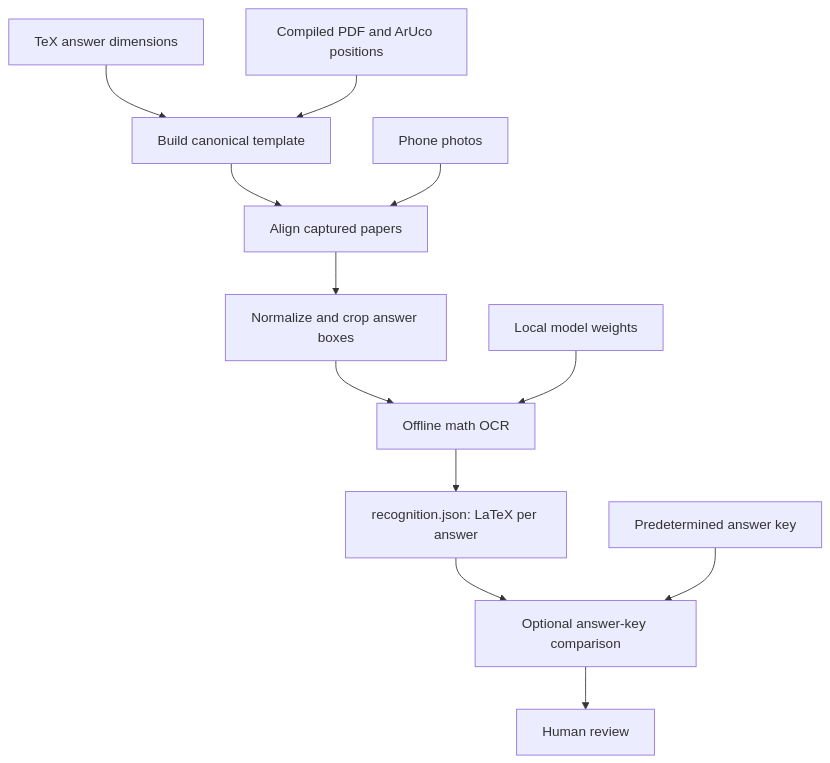
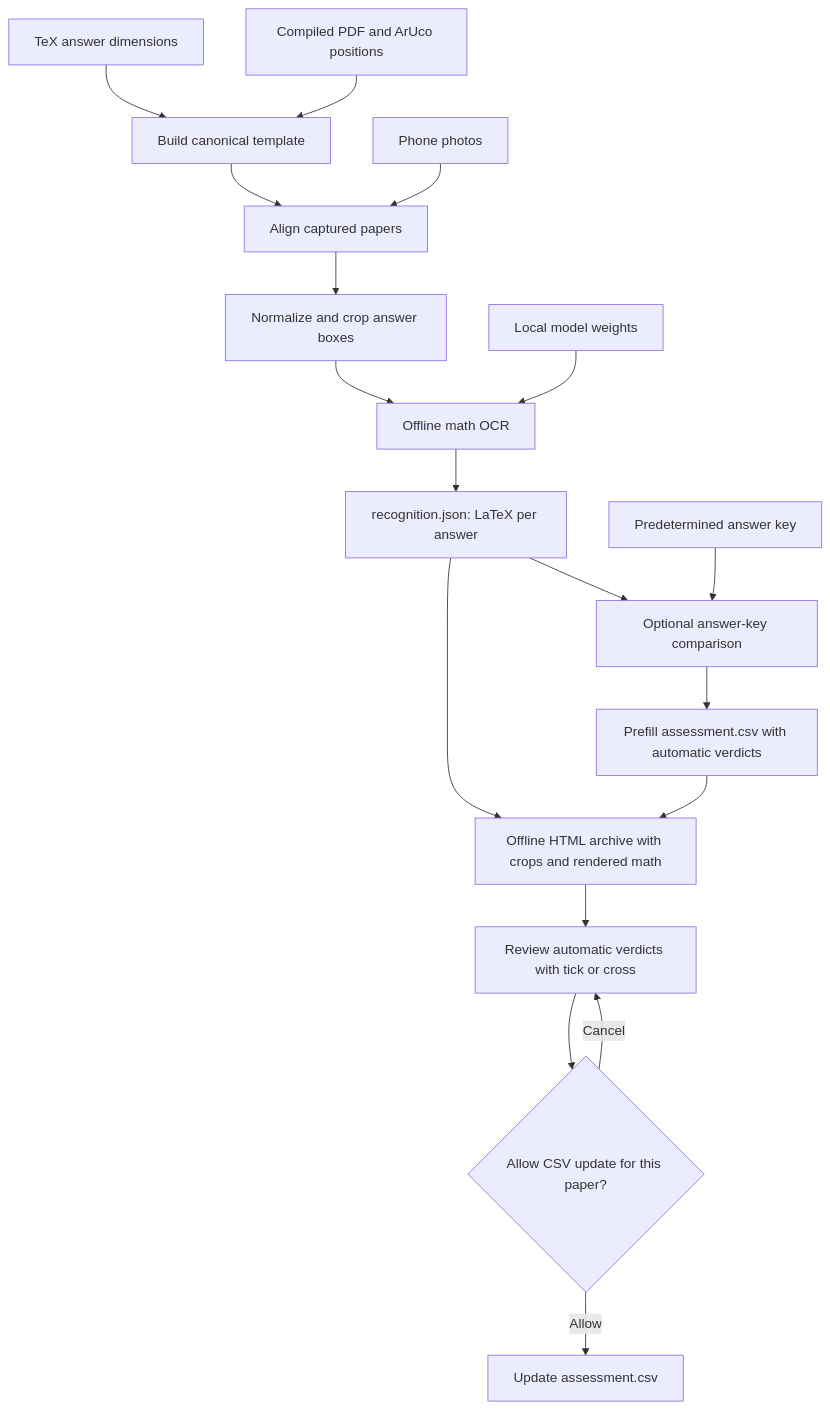
The first of 2 diagrams in README.md (anhquan-dao/math-quiz-auto-grader), drawn with Mermaid before and after one commit. The commit also changed other lines of this file and 42 other files, not shown here.

Commit message:
Add offline HTML assessment reviewer and document CLI options

````diff
--- a/README.md
+++ b/README.md
@@ -81,14 +229,20 @@
 ```mermaid
 flowchart TD
     T[TeX answer dimensions] --> B[Build canonical template]
     P[Compiled PDF and ArUco positions] --> B
     B --> A[Align captured papers]
     I[Phone photos] --> A
     A --> C[Normalize and crop answer boxes]
     C --> O[Offline math OCR]
     M[Local model weights] --> O
     O --> R[recognition.json: LaTeX per answer]
+    R --> AHTML[Offline HTML archive with crops and rendered math]
     R --> G[Optional answer-key comparison]
     K[Predetermined answer key] --> G
-    G --> H[Human review]
+    G --> CSV0[Prefill assessment.csv with automatic verdicts]
+    CSV0 --> AHTML
+    AHTML --> H[Review automatic verdicts with tick or cross]
+    H --> PCSV{Allow CSV update for this paper?}
+    PCSV -->|Allow| CSV[Update assessment.csv]
+    PCSV -->|Cancel| H
 ```
````
